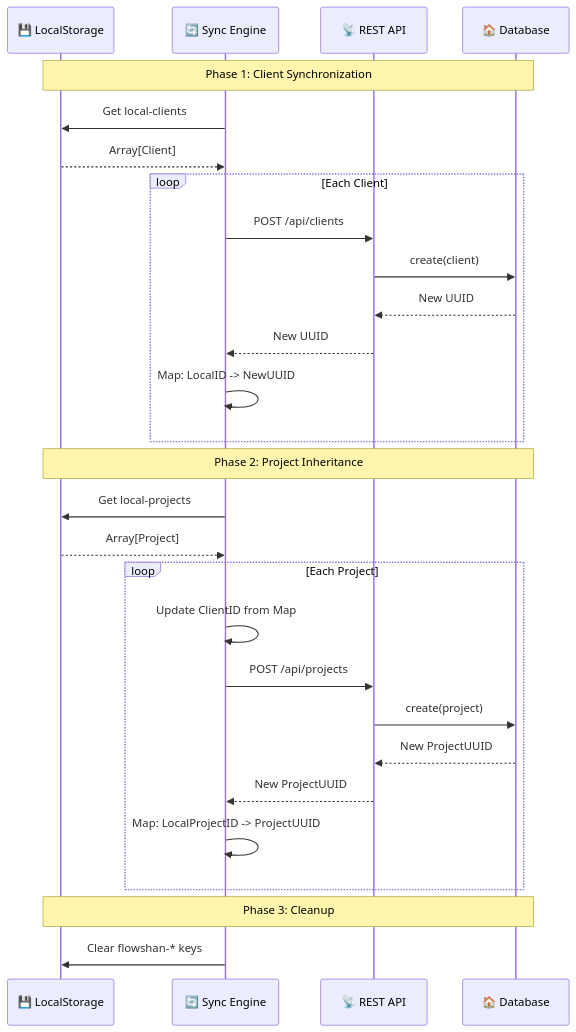
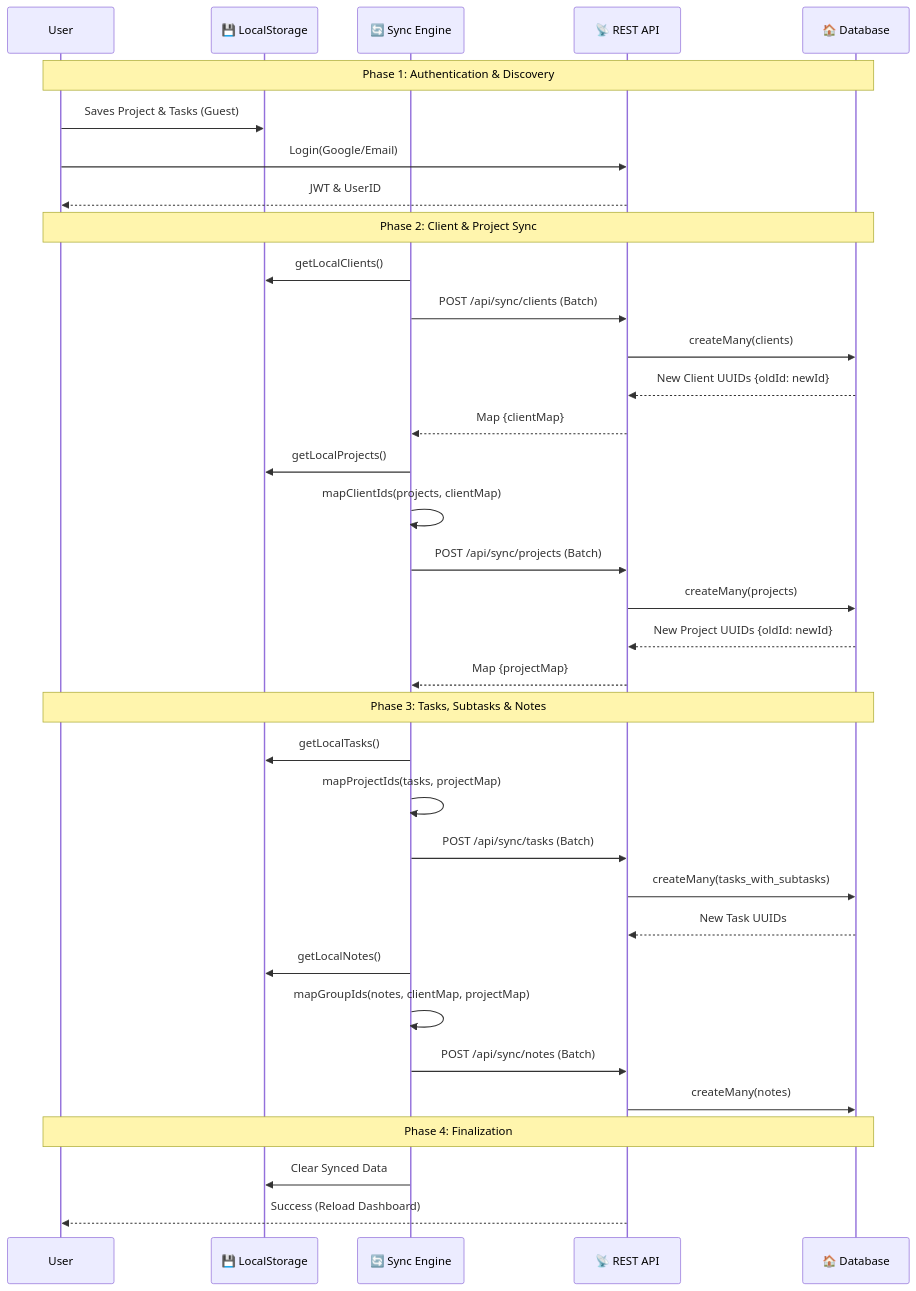
The diagram in diagrams/02-data-sync.mmd (codeshan-1/FlowShan-CaseStudy), drawn with Mermaid before and after one commit. The commit also changed other lines of this file and 23 other files, not shown here.

````diff
--- a/diagrams/02-data-sync.mmd
+++ b/diagrams/02-data-sync.mmd
@@ -3,33 +3,43 @@
 ```mermaid
 sequenceDiagram
+    participant User
     participant LS as 💾 LocalStorage
     participant SE as 🔄 Sync Engine
     participant API as 📡 REST API
     participant DB as 🏠 Database
 
-    Note over LS, DB: Phase 1: Client Synchronization
-    SE->>LS: Get local-clients
-    LS-->>SE: Array[Client]
-    loop Each Client
-        SE->>API: POST /api/clients
-        API->>DB: create(client)
-        DB-->>API: New UUID
-        API-->>SE: New UUID
-        SE->>SE: Map: LocalID -> NewUUID
-    end
+    Note over User, DB: Phase 1: Authentication & Discovery
+    User->>LS: Saves Project & Tasks (Guest)
+    User->>API: Login(Google/Email)
+    API-->>User: JWT & UserID
 
-    Note over LS, DB: Phase 2: Project Inheritance
-    SE->>LS: Get local-projects
-    LS-->>SE: Array[Project]
-    loop Each Project
-        SE->>SE: Update ClientID from Map
-        SE->>API: POST /api/projects
-        API->>DB: create(project)
-        DB-->>API: New ProjectUUID
-        API-->>SE: New ProjectUUID
-        SE->>SE: Map: LocalProjectID -> ProjectUUID
-    end
+    Note over User, DB: Phase 2: Client & Project Sync
+    SE->>LS: getLocalClients()
+    SE->>API: POST /api/sync/clients (Batch)
+    API->>DB: createMany(clients)
+    DB-->>API: New Client UUIDs {oldId: newId}
+    API-->>SE: Map {clientMap}
 
-    Note over LS, DB: Phase 3: Cleanup
-    SE->>LS: Clear flowshan-* keys
+    SE->>LS: getLocalProjects()
+    SE->>SE: mapClientIds(projects, clientMap)
+    SE->>API: POST /api/sync/projects (Batch)
+    API->>DB: createMany(projects)
+    DB-->>API: New Project UUIDs {oldId: newId}
+    API-->>SE: Map {projectMap}
+
+    Note over User, DB: Phase 3: Tasks, Subtasks & Notes
+    SE->>LS: getLocalTasks()
+    SE->>SE: mapProjectIds(tasks, projectMap)
+    SE->>API: POST /api/sync/tasks (Batch)
+    API->>DB: createMany(tasks_with_subtasks)
+    DB-->>API: New Task UUIDs
+    
+    SE->>LS: getLocalNotes()
+    SE->>SE: mapGroupIds(notes, clientMap, projectMap)
+    SE->>API: POST /api/sync/notes (Batch)
+    API->>DB: createMany(notes)
+    
+    Note over User, DB: Phase 4: Finalization
+    SE->>LS: Clear Synced Data
+    API-->>User: Success (Reload Dashboard)
 ```
````
